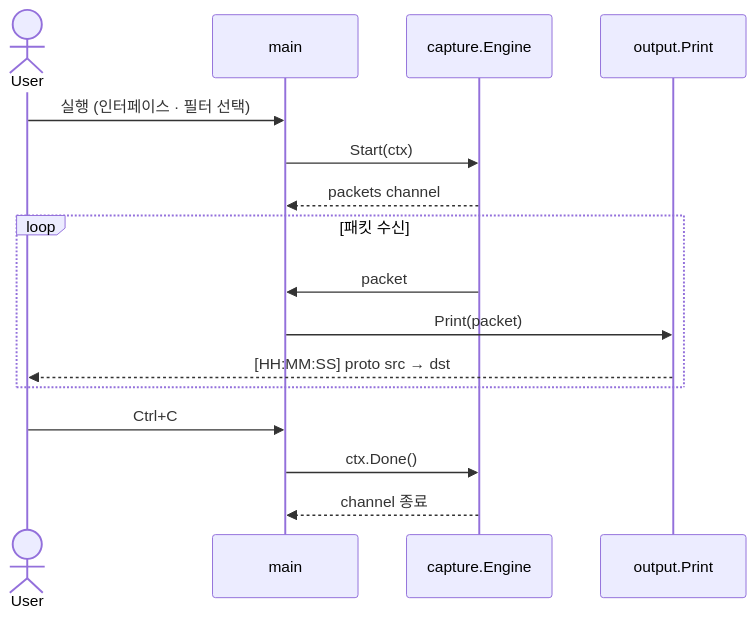
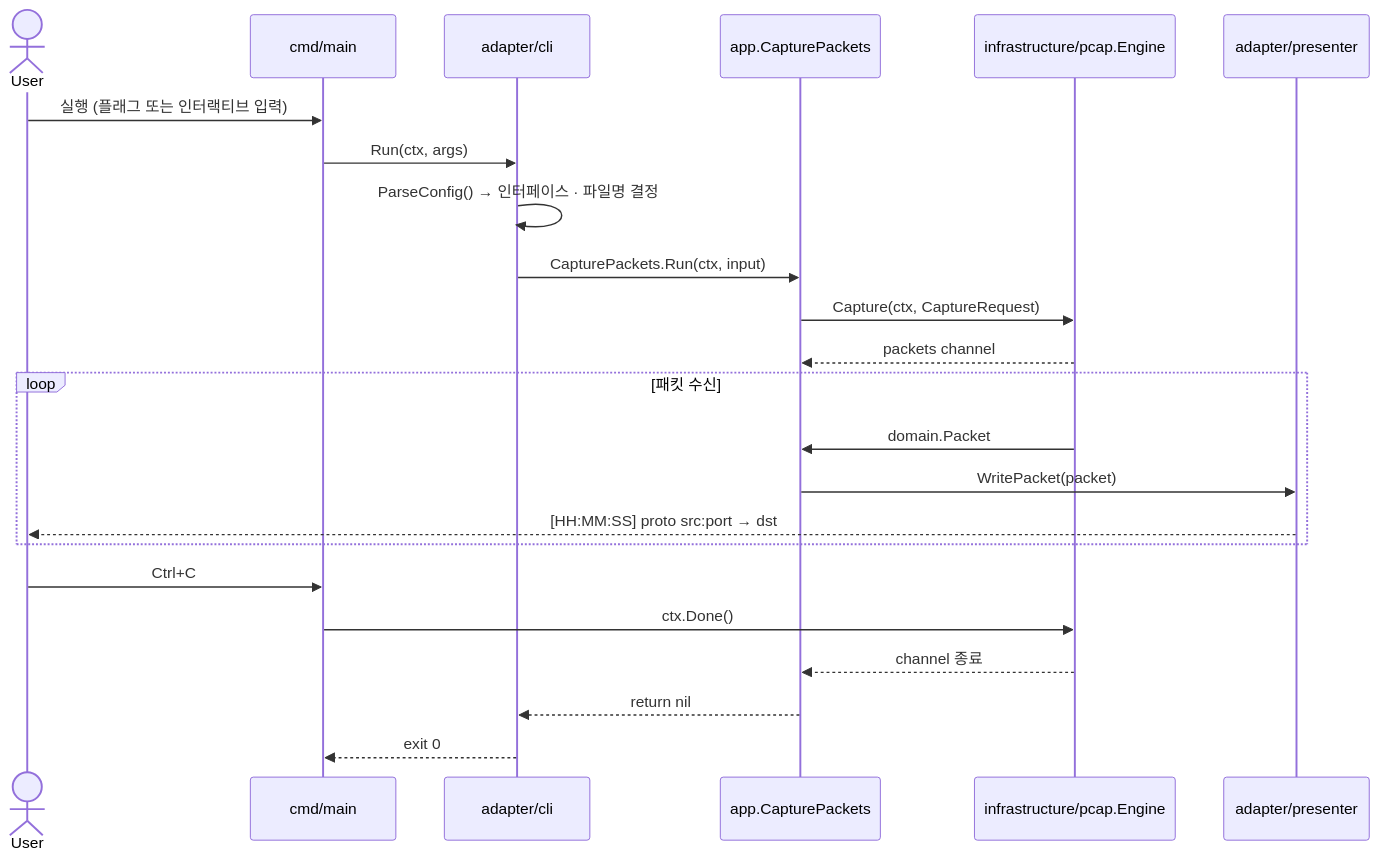
One commit to kwon93/goscope changed the second of 2 diagrams in docs/overall-architecture.md. Above: the diagram before and after it, drawn with Mermaid. The commit also changed other lines of this file and 24 other files, not shown here.

````diff
--- a/docs/overall-architecture.md
+++ b/docs/overall-architecture.md
@@ -34,21 +70,28 @@
 ```mermaid
 sequenceDiagram
     actor User
-    participant main as main
-    participant engine as capture.Engine
-    participant output as output.Print
+    participant main as cmd/main
+    participant cli as adapter/cli
+    participant uc as app.CapturePackets
+    participant engine as infrastructure/pcap.Engine
+    participant sink as adapter/presenter
 
-    User->>main: 실행 (인터페이스 · 필터 선택)
-    main->>engine: Start(ctx)
-    engine-->>main: packets channel
+    User->>main: 실행 (플래그 또는 인터랙티브 입력)
+    main->>cli: Run(ctx, args)
+    cli->>cli: ParseConfig() → 인터페이스 · 파일명 결정
+    cli->>uc: CapturePackets.Run(ctx, input)
+    uc->>engine: Capture(ctx, CaptureRequest)
+    engine-->>uc: packets channel
 
     loop 패킷 수신
-        engine->>main: packet
-        main->>output: Print(packet)
-        output-->>User: [HH:MM:SS] proto src → dst
+        engine->>uc: domain.Packet
+        uc->>sink: WritePacket(packet)
+        sink-->>User: [HH:MM:SS] proto src:port → dst
     end
 
     User->>main: Ctrl+C
     main->>engine: ctx.Done()
-    engine-->>main: channel 종료
+    engine-->>uc: channel 종료
+    uc-->>cli: return nil
+    cli-->>main: exit 0
 ```
````
